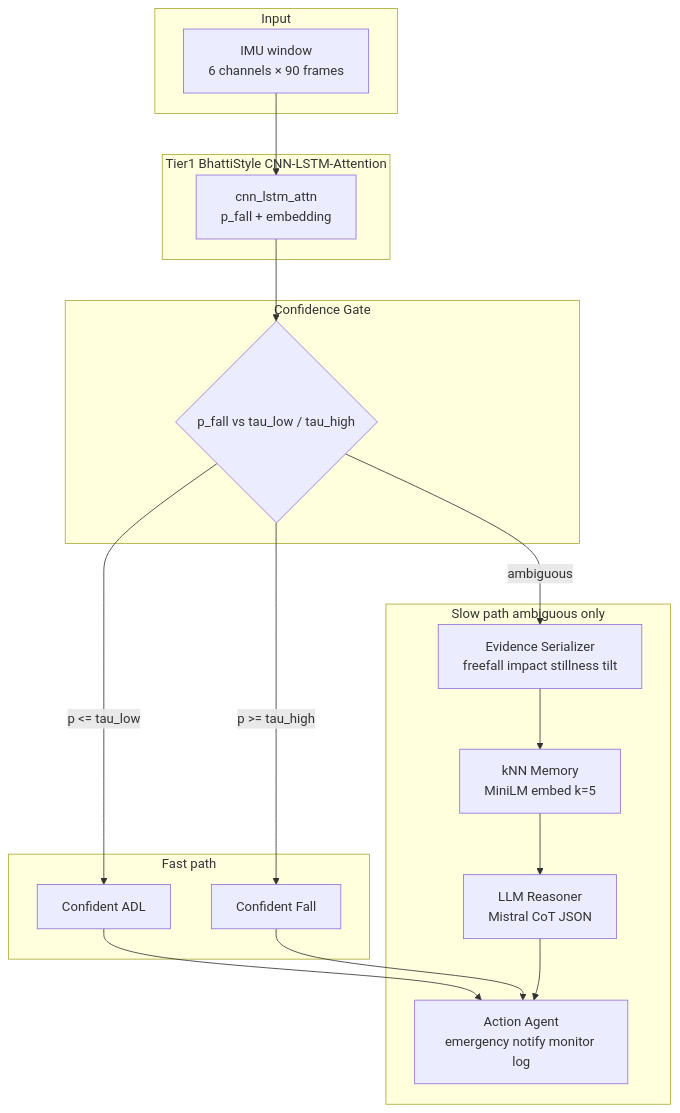
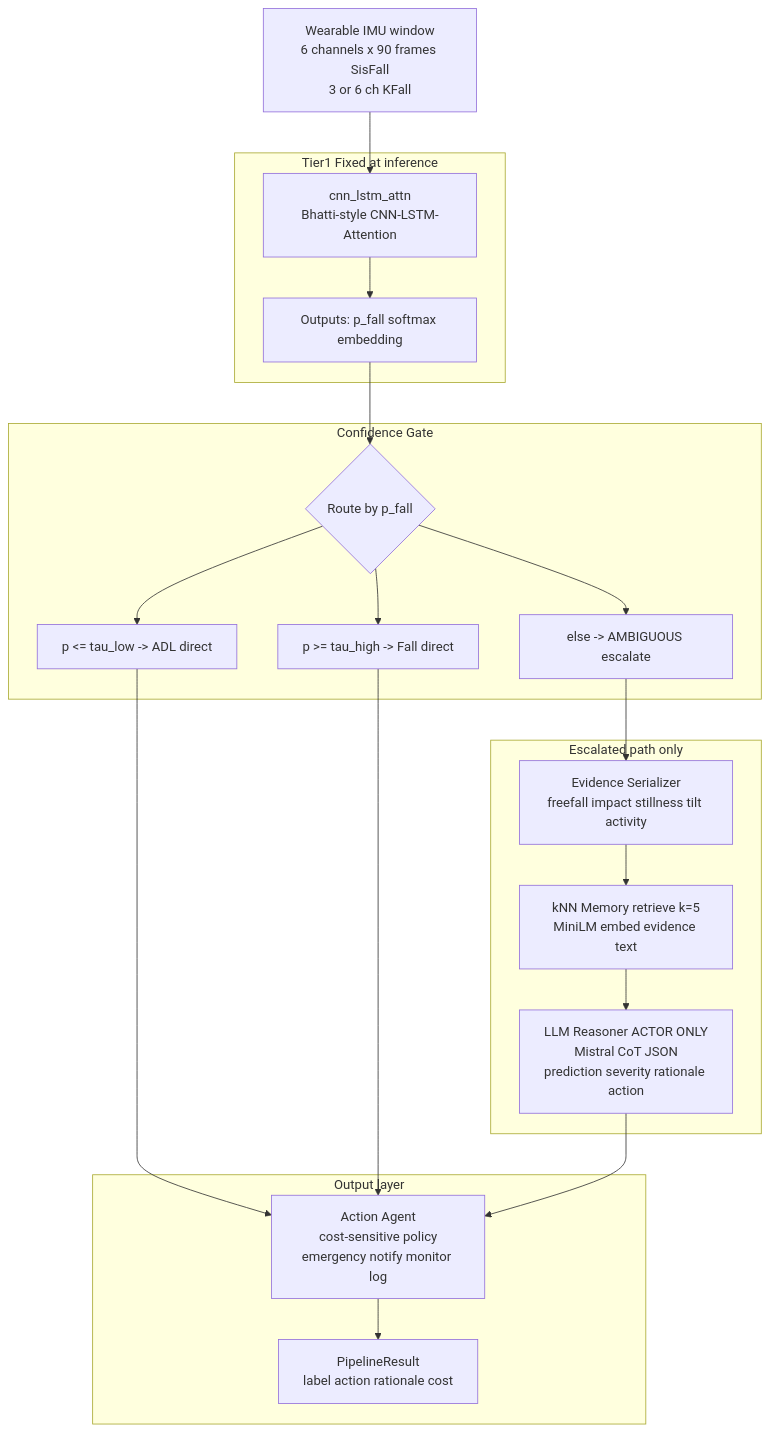
Before and after one commit to harshalDharpure/demo_rough_results: the second of 9 diagrams in demo_agntic.md, drawn with Mermaid. The commit also changed other lines of this file, not shown here.

First line of the commit message:
Revise architecture reference and comparison tables

````diff
--- a/demo_agntic.md
+++ b/demo_agntic.md
@@ -33,31 +74,33 @@
 ```mermaid
 flowchart TB
-  subgraph input [Input]
-    IMU["IMU window\n6 channels × 90 frames"]
+  IMU["Wearable IMU window\n6 channels x 90 frames SisFall\n3 or 6 ch KFall"]
+
+  subgraph tier1block [Tier1 Fixed at inference]
+    T1["cnn_lstm_attn\nBhatti-style CNN-LSTM-Attention"]
+    PF["Outputs: p_fall softmax embedding"]
   end
 
-  subgraph tier1 [Tier1 BhattiStyle CNN-LSTM-Attention]
-    T1["cnn_lstm_attn\np_fall + embedding"]
+  subgraph gateblock [Confidence Gate]
+    G{"Route by p_fall"}
+    TLOW["p <= tau_low -> ADL direct"]
+    THIGH["p >= tau_high -> Fall direct"]
+    TAMB["else -> AMBIGUOUS escalate"]
   end
 
-  subgraph gate [Confidence Gate]
-    G{"p_fall vs tau_low / tau_high"}
+  subgraph escalate [Escalated path only]
+    EV["Evidence Serializer\nfreefall impact stillness tilt activity"]
+    KNN["kNN Memory retrieve k=5\nMiniLM embed evidence text"]
+    ACTOR["LLM Reasoner ACTOR ONLY\nMistral CoT JSON\nprediction severity rationale action"]
   end
 
-  subgraph fast [Fast path]
-    ADL["Confident ADL"]
-    FALL["Confident Fall"]
+  subgraph output [Output layer]
+    ACT["Action Agent\ncost-sensitive policy\nemergency notify monitor log"]
+    OUT["PipelineResult\nlabel action rationale cost"]
   end
 
-  subgraph slow [Slow path ambiguous only]
-    EV["Evidence Serializer\nfreefall impact stillness tilt"]
-    KNN["kNN Memory\nMiniLM embed k=5"]
-    LLM["LLM Reasoner\nMistral CoT JSON"]
-    ACT["Action Agent\nemergency notify monitor log"]
-  end
-
-  IMU --> T1 --> G
-  G -->|"p <= tau_low"| ADL --> ACT
-  G -->|"p >= tau_high"| FALL --> ACT
-  G -->|"ambiguous"| EV --> KNN --> LLM --> ACT
+  IMU --> T1 --> PF --> G
+  G --> TLOW --> ACT
+  G --> THIGH --> ACT
+  G --> TAMB --> EV --> KNN --> ACTOR --> ACT
+  ACT --> OUT
 ```
````
